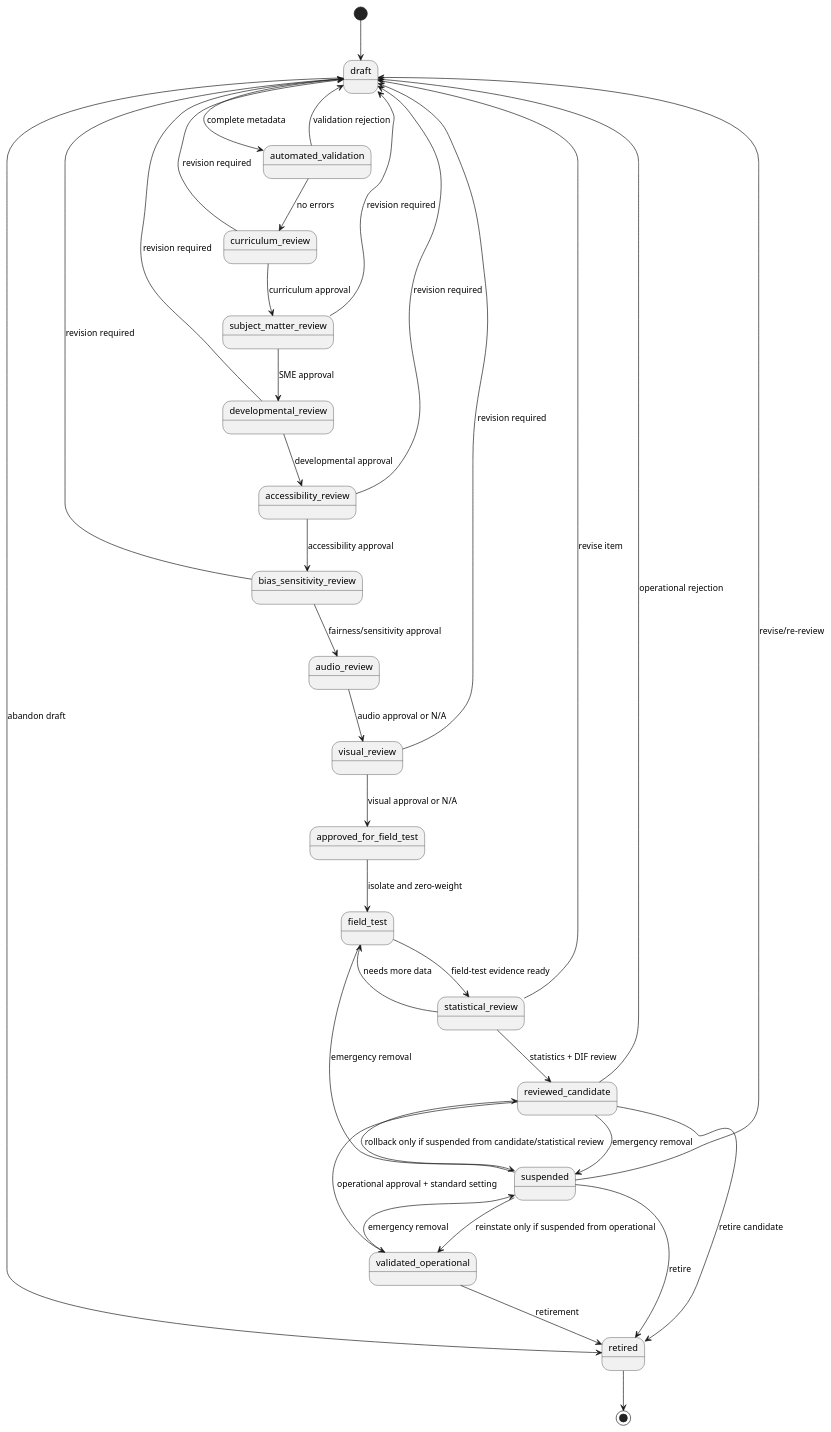
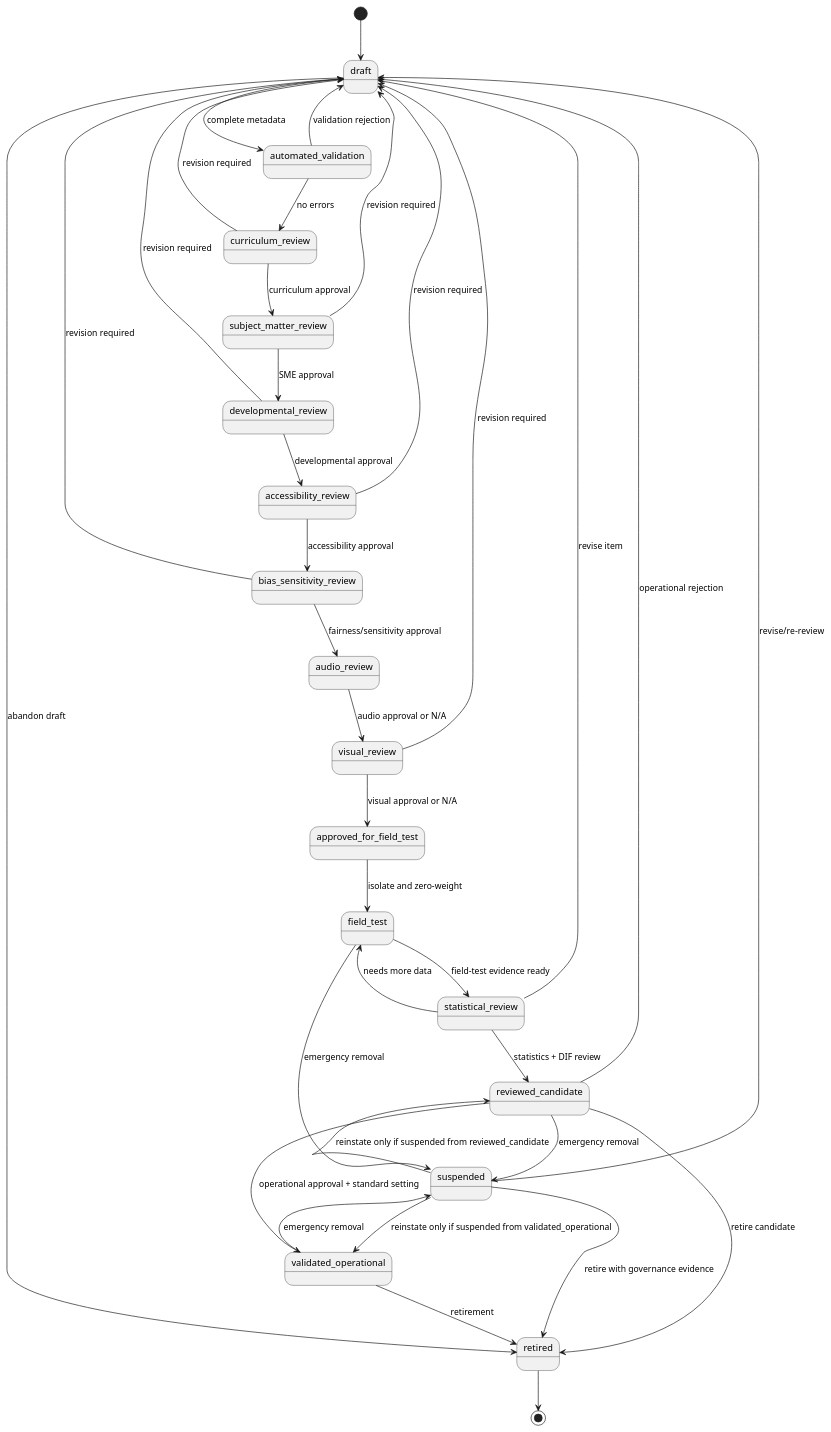
The diagram in docs/assessment_item_governance_and_validation.md (rdhforeclosureconqueror-sys/garvey), drawn with PlantUML before and after one commit. The commit also changed other lines of this file and 3 other files, not shown here.

Commit message:
Fix assessment item governance and schema completeness

````diff
--- a/docs/assessment_item_governance_and_validation.md
+++ b/docs/assessment_item_governance_and_validation.md
@@ -52,40 +56,40 @@
 ```plantuml
 @startuml
 [*] --> draft
 
 draft --> automated_validation : complete metadata
 automated_validation --> curriculum_review : no errors
 automated_validation --> draft : validation rejection
 curriculum_review --> subject_matter_review : curriculum approval
 curriculum_review --> draft : revision required
 subject_matter_review --> developmental_review : SME approval
 subject_matter_review --> draft : revision required
 developmental_review --> accessibility_review : developmental approval
 developmental_review --> draft : revision required
 accessibility_review --> bias_sensitivity_review : accessibility approval
 accessibility_review --> draft : revision required
 bias_sensitivity_review --> audio_review : fairness/sensitivity approval
 bias_sensitivity_review --> draft : revision required
 audio_review --> visual_review : audio approval or N/A
 visual_review --> approved_for_field_test : visual approval or N/A
 visual_review --> draft : revision required
 approved_for_field_test --> field_test : isolate and zero-weight
 field_test --> statistical_review : field-test evidence ready
 field_test --> suspended : emergency removal
 statistical_review --> reviewed_candidate : statistics + DIF review
 statistical_review --> field_test : needs more data
 statistical_review --> draft : revise item
 reviewed_candidate --> validated_operational : operational approval + standard setting
 reviewed_candidate --> draft : operational rejection
 reviewed_candidate --> suspended : emergency removal
 validated_operational --> suspended : emergency removal
 validated_operational --> retired : retirement
 suspended --> draft : revise/re-review
-suspended --> reviewed_candidate : rollback only if suspended from candidate/statistical review
-suspended --> validated_operational : reinstate only if suspended from operational
-suspended --> retired : retire
+suspended --> reviewed_candidate : reinstate only if suspended from reviewed_candidate
+suspended --> validated_operational : reinstate only if suspended from validated_operational
+suspended --> retired : retire with governance evidence
 reviewed_candidate --> retired : retire candidate
 draft --> retired : abandon draft
 retired --> [*]
 @enduml
 ```
````
